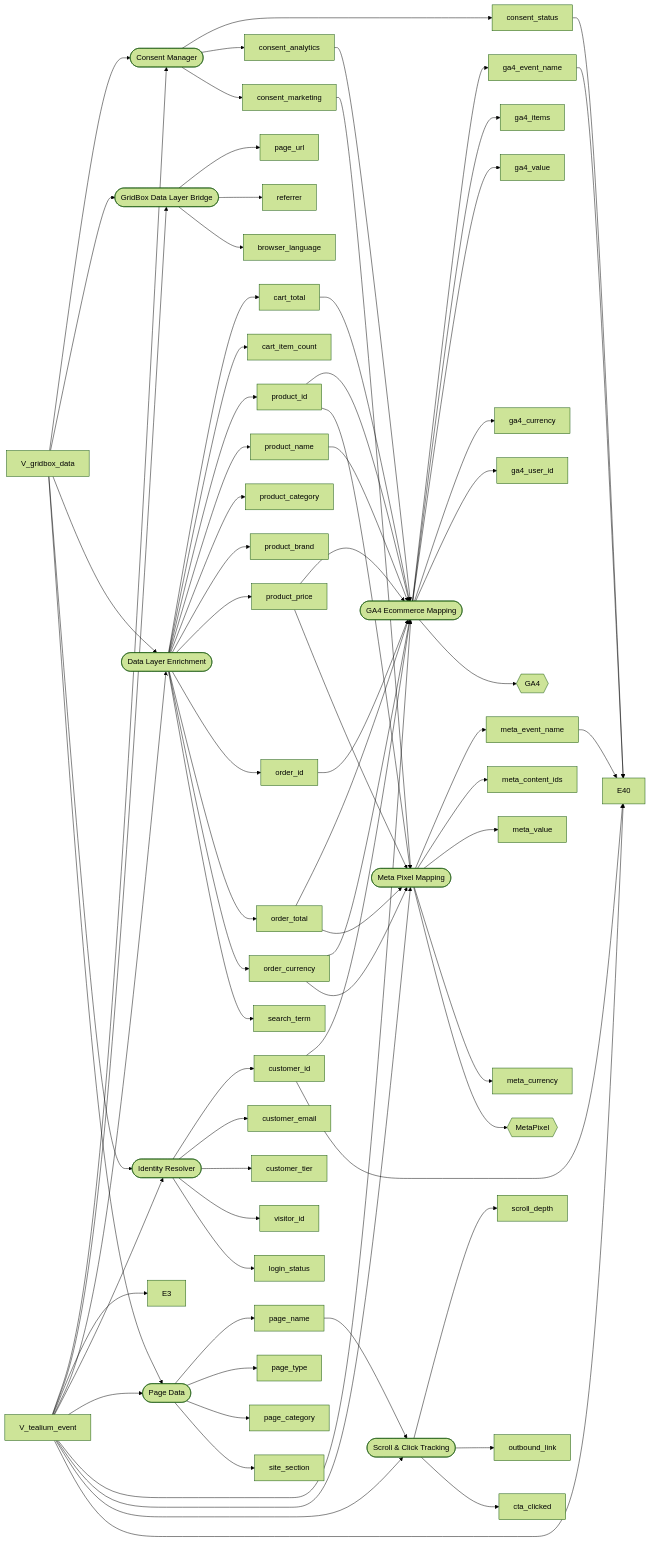
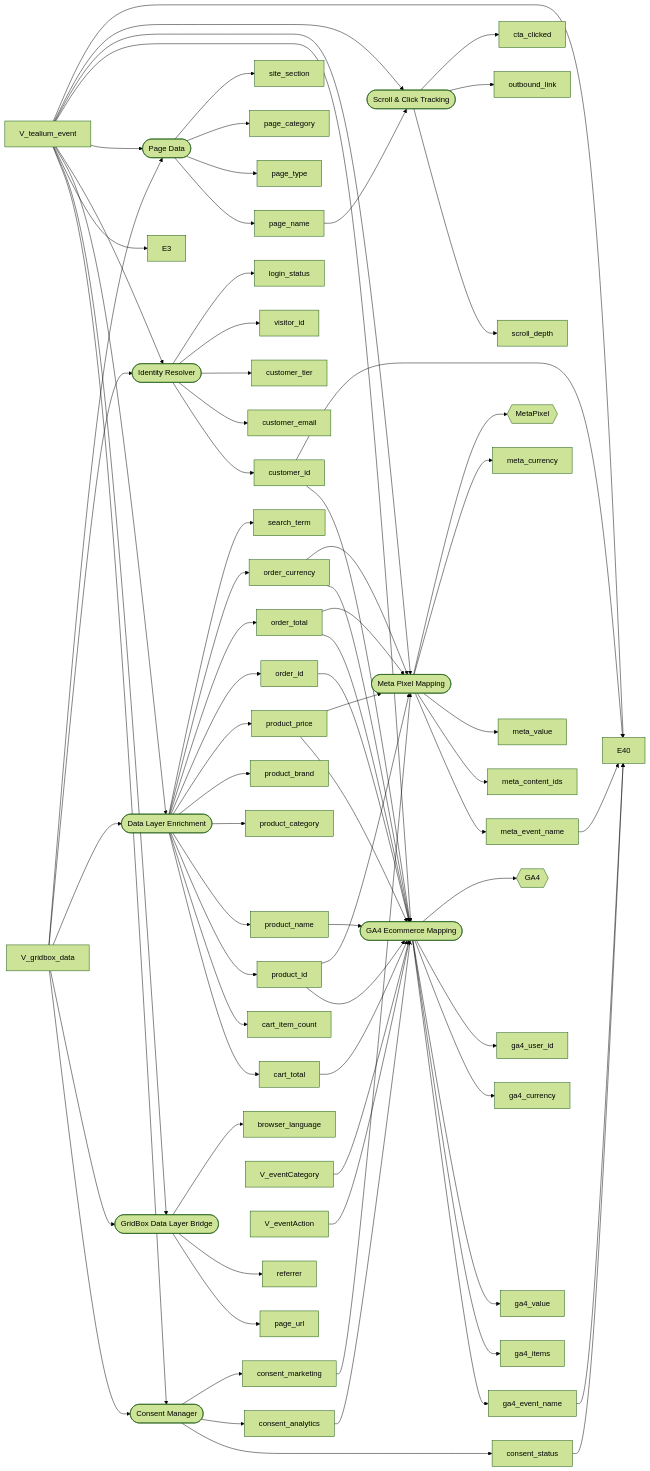
The diagram in docs/dependency-map.md (Mr-orchestrator/tealium-extensions), drawn with Mermaid (forest theme) before and after one commit. The commit also changed other lines of this file and 7 other files, not shown here.

````diff
--- a/docs/dependency-map.md
+++ b/docs/dependency-map.md
@@ -6,77 +6,79 @@
 ```mermaid
 graph LR
   E1(["Consent Manager"]) --> V_consent_status["consent_status"]
   E1(["Consent Manager"]) --> V_consent_analytics["consent_analytics"]
   E1(["Consent Manager"]) --> V_consent_marketing["consent_marketing"]
   V_gridbox_data --> E1
   V_tealium_event --> E1
   E2(["GridBox Data Layer Bridge"]) --> V_page_url["page_url"]
   E2(["GridBox Data Layer Bridge"]) --> V_referrer["referrer"]
   E2(["GridBox Data Layer Bridge"]) --> V_browser_language["browser_language"]
   V_gridbox_data --> E2
   V_tealium_event --> E2
   V_tealium_event --> E3
   E10(["Data Layer Enrichment"]) --> V_cart_total["cart_total"]
   E10(["Data Layer Enrichment"]) --> V_cart_item_count["cart_item_count"]
   E10(["Data Layer Enrichment"]) --> V_product_id["product_id"]
   E10(["Data Layer Enrichment"]) --> V_product_name["product_name"]
   E10(["Data Layer Enrichment"]) --> V_product_category["product_category"]
   E10(["Data Layer Enrichment"]) --> V_product_brand["product_brand"]
   E10(["Data Layer Enrichment"]) --> V_product_price["product_price"]
   E10(["Data Layer Enrichment"]) --> V_order_id["order_id"]
   E10(["Data Layer Enrichment"]) --> V_order_total["order_total"]
   E10(["Data Layer Enrichment"]) --> V_order_currency["order_currency"]
   E10(["Data Layer Enrichment"]) --> V_search_term["search_term"]
   V_gridbox_data --> E10
   V_tealium_event --> E10
   E11(["Identity Resolver"]) --> V_customer_id["customer_id"]
   E11(["Identity Resolver"]) --> V_customer_email["customer_email"]
   E11(["Identity Resolver"]) --> V_customer_tier["customer_tier"]
   E11(["Identity Resolver"]) --> V_visitor_id["visitor_id"]
   E11(["Identity Resolver"]) --> V_login_status["login_status"]
   V_gridbox_data --> E11
   V_tealium_event --> E11
   E12(["Page Data"]) --> V_page_name["page_name"]
   E12(["Page Data"]) --> V_page_type["page_type"]
   E12(["Page Data"]) --> V_page_category["page_category"]
   E12(["Page Data"]) --> V_site_section["site_section"]
   V_gridbox_data --> E12
   V_tealium_event --> E12
   E20(["GA4 Ecommerce Mapping"]) --> V_ga4_event_name["ga4_event_name"]
   E20(["GA4 Ecommerce Mapping"]) --> V_ga4_items["ga4_items"]
   E20(["GA4 Ecommerce Mapping"]) --> V_ga4_value["ga4_value"]
   E20(["GA4 Ecommerce Mapping"]) --> V_ga4_currency["ga4_currency"]
   E20(["GA4 Ecommerce Mapping"]) --> V_ga4_user_id["ga4_user_id"]
   V_consent_analytics --> E20
   V_customer_id --> E20
   V_product_id --> E20
   V_product_name --> E20
   V_product_price --> E20
   V_cart_total --> E20
   V_order_id --> E20
   V_order_total --> E20
   V_order_currency --> E20
   V_tealium_event --> E20
+  V_eventCategory --> E20
+  V_eventAction --> E20
   E20 --> T_GA4{{"GA4"}}
   E22(["Meta Pixel Mapping"]) --> V_meta_event_name["meta_event_name"]
   E22(["Meta Pixel Mapping"]) --> V_meta_content_ids["meta_content_ids"]
   E22(["Meta Pixel Mapping"]) --> V_meta_value["meta_value"]
   E22(["Meta Pixel Mapping"]) --> V_meta_currency["meta_currency"]
   V_consent_marketing --> E22
   V_product_id --> E22
   V_product_price --> E22
   V_order_total --> E22
   V_order_currency --> E22
   V_tealium_event --> E22
   E22 --> T_MetaPixel{{"MetaPixel"}}
   E30(["Scroll & Click Tracking"]) --> V_scroll_depth["scroll_depth"]
   E30(["Scroll & Click Tracking"]) --> V_outbound_link["outbound_link"]
   E30(["Scroll & Click Tracking"]) --> V_cta_clicked["cta_clicked"]
   V_page_name --> E30
   V_tealium_event --> E30
   V_consent_status --> E40
   V_customer_id --> E40
   V_ga4_event_name --> E40
   V_meta_event_name --> E40
   V_tealium_event --> E40
 ```
````
